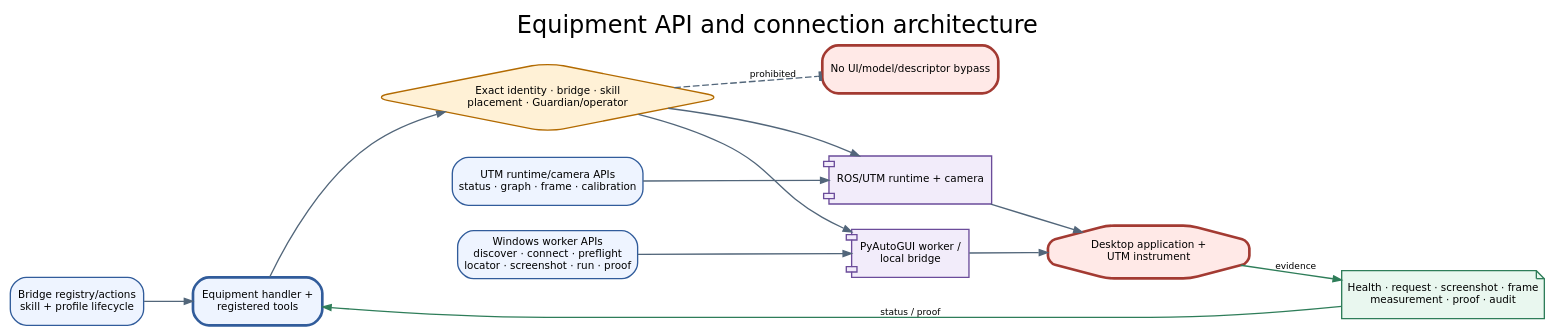
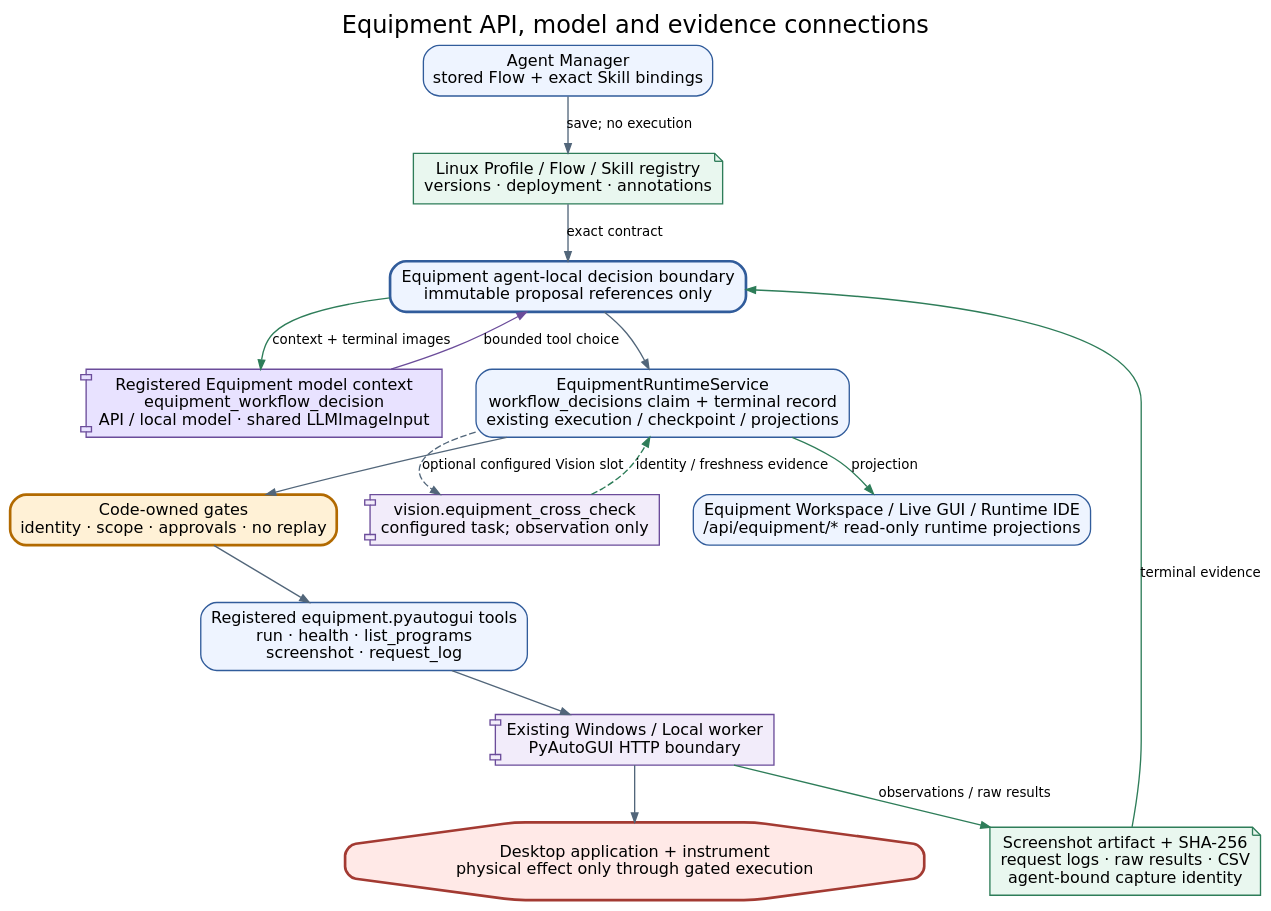
One commit to JIN9811/autonomous_researcher changed the diagram in docs/agents/assets/figures/equipment_03_api_connection_architecture.dot. Above: the diagram before and after it, drawn with Graphviz. The commit also changed 20 other files, not shown here.

Commit message:
feat(equipment): add bounded multimodal workflow decisions and recovery

```diff
--- a/docs/agents/assets/figures/equipment_03_api_connection_architecture.dot
+++ b/docs/agents/assets/figures/equipment_03_api_connection_architecture.dot
@@ -1,26 +1,27 @@
 digraph equipment_api_connection_architecture {
-  graph [rankdir=LR, bgcolor="transparent", pad="0.25", nodesep="0.27", ranksep="0.48", fontname="DejaVu Sans", label="Equipment API and connection architecture", labelloc="t", fontsize=18];
-  node [shape=box, style="rounded,filled", fillcolor="#EEF4FF", color="#315C9B", fontname="DejaVu Sans", fontsize=7.8, margin="0.08,0.06"];
-  edge [color="#52667A", fontname="DejaVu Sans", fontsize=6.8, arrowsize=0.62];
-  registry [label="Bridge registry/actions\nskill + profile lifecycle"];
-  windowsapi [label="Windows worker APIs\ndiscover · connect · preflight\nlocator · screenshot · run · proof"];
-  utmapi [label="UTM runtime/camera APIs\nstatus · graph · frame · calibration"];
-  agent [label="Equipment handler +\nregistered tools", penwidth=2];
-  gate [label="Exact identity · bridge · skill\nplacement · Guardian/operator", shape=diamond, fillcolor="#FFF1D6", color="#B26A00"];
-  worker [label="PyAutoGUI worker /\nlocal bridge", shape=component, fillcolor="#F2ECFA", color="#6B4C9A"];
-  ros [label="ROS/UTM runtime + camera", shape=component, fillcolor="#F2ECFA", color="#6B4C9A"];
-  device [label="Desktop application +\nUTM instrument", shape=octagon, fillcolor="#FFE9E7", color="#A33A32", penwidth=2];
-  evidence [label="Health · request · screenshot · frame\nmeasurement · proof · audit", shape=note, fillcolor="#E9F7EF", color="#2E7D59"];
-  blocked [label="No UI/model/descriptor bypass", fillcolor="#FFE9E7", color="#A33A32", penwidth=2];
-  registry -> agent;
-  windowsapi -> worker;
-  utmapi -> ros;
-  agent -> gate;
-  gate -> worker;
-  gate -> ros;
-  worker -> device;
-  ros -> device;
-  device -> evidence [label="evidence", color="#2E7D59"];
-  evidence -> agent [label="status / proof", color="#2E7D59"];
-  gate -> blocked [style=dashed, arrowhead=tee, label="prohibited"];
+  graph [rankdir=TB, bgcolor="transparent", pad="0.25", nodesep="0.35", ranksep="0.45", fontname="DejaVu Sans", label="Equipment API, model and evidence connections", labelloc="t", fontsize=18];
+  node [shape=box, style="rounded,filled", fillcolor="#EEF4FF", color="#315C9B", fontname="DejaVu Sans", fontsize=12, margin="0.12,0.09"];
+  edge [color="#52667A", fontname="DejaVu Sans", fontsize=10, arrowsize=0.7];
+  author [label="Agent Manager\nstored Flow + exact Skill bindings"];
+  registry [label="Linux Profile / Flow / Skill registry\nversions · deployment · annotations", shape=note, fillcolor="#E9F7EF", color="#2E7D59"];
+  model [label="Registered Equipment model context\nequipment_workflow_decision\nAPI / local model · shared LLMImageInput", shape=component, fillcolor="#E8E2FF", color="#6B4C9A"];
+  agent [label="Equipment agent-local decision boundary\nimmutable proposal references only", penwidth=2];
+  runtime [label="EquipmentRuntimeService\nworkflow_decisions claim + terminal record\nexisting execution / checkpoint / projections"];
+  gate [label="Code-owned gates\nidentity · scope · approvals · no replay", fillcolor="#FFF1D6", color="#B26A00", penwidth=2];
+  tools [label="Registered equipment.pyautogui tools\nrun · health · list_programs\nscreenshot · request_log"];
+  worker [label="Existing Windows / Local worker\nPyAutoGUI HTTP boundary", shape=component, fillcolor="#F2ECFA", color="#6B4C9A"];
+  device [label="Desktop application + instrument\nphysical effect only through gated execution", shape=octagon, fillcolor="#FFE9E7", color="#A33A32", penwidth=2];
+  evidence [label="Screenshot artifact + SHA-256\nrequest logs · raw results · CSV\nagent-bound capture identity", shape=note, fillcolor="#E9F7EF", color="#2E7D59"];
+  vision [label="vision.equipment_cross_check\nconfigured task; observation only", shape=component, fillcolor="#F2ECFA", color="#6B4C9A"];
+  gui [label="Equipment Workspace / Live GUI / Runtime IDE\n/api/equipment/* read-only runtime projections"];
+  author -> registry [label="save; no execution"];
+  registry -> agent [label="exact contract"];
+  agent -> model [label="context + terminal images", color="#2E7D59"];
+  model -> agent [label="bounded tool choice", color="#6B4C9A"];
+  agent -> runtime -> gate -> tools -> worker -> device;
+  runtime -> gui [label="projection", color="#2E7D59"];
+  worker -> evidence [label="observations / raw results", color="#2E7D59"];
+  evidence -> agent [label="terminal evidence", color="#2E7D59"];
+  runtime -> vision [style=dashed, label="optional configured Vision slot"];
+  vision -> runtime [style=dashed, label="identity / freshness evidence", color="#2E7D59"];
 }
```
